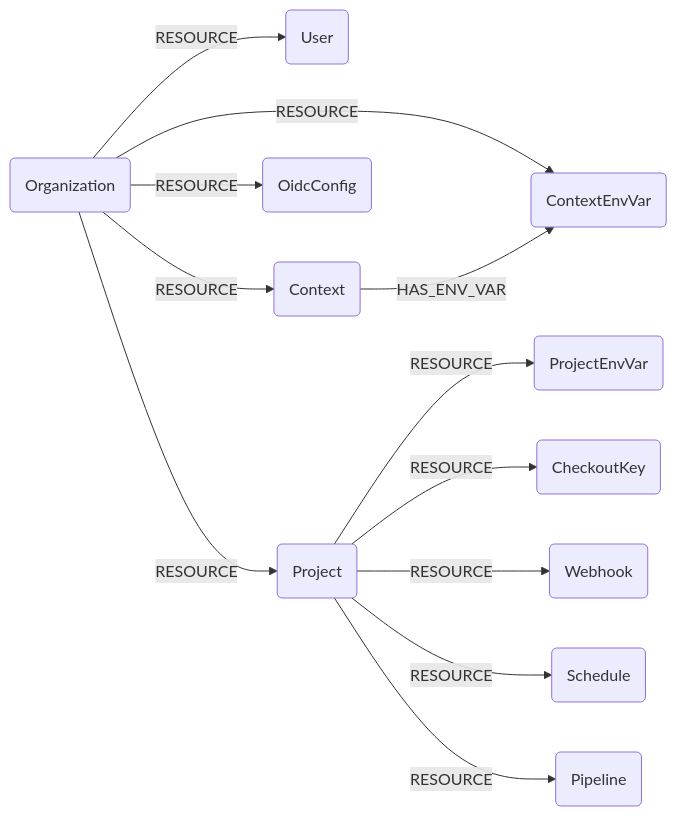
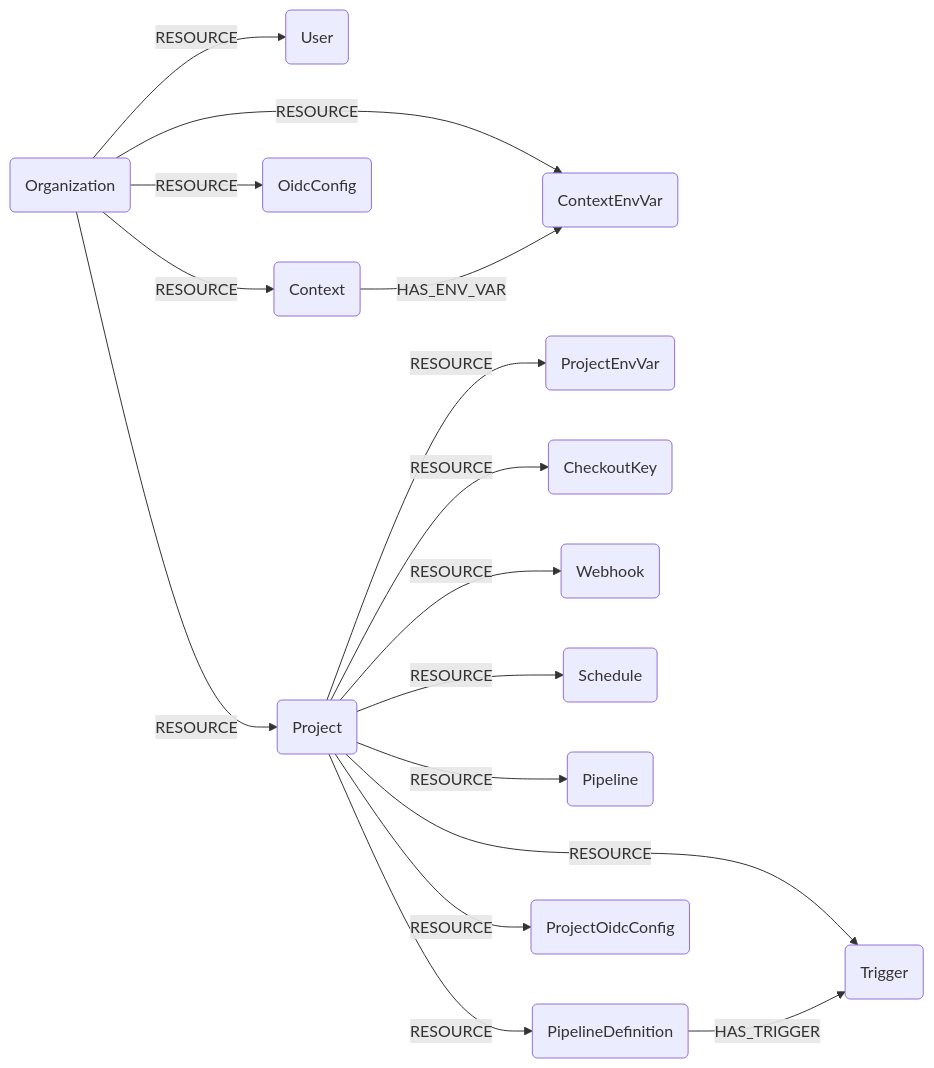
The diagram in docs/root/modules/circleci/schema.md (cartography-cncf/cartography), drawn with Mermaid before and after one commit. The commit also changed other lines of this file and 13 other files, not shown here.

First line of the commit message:
feat(circleci): add pipeline definitions, triggers, and project-level OIDC

````diff
--- a/docs/root/modules/circleci/schema.md
+++ b/docs/root/modules/circleci/schema.md
@@ -3,14 +3,18 @@
 ```mermaid
 graph LR
 O(Organization) -- RESOURCE --> U(User)
 O -- RESOURCE --> C(Context)
 O -- RESOURCE --> CEV(ContextEnvVar)
 C -- HAS_ENV_VAR --> CEV
 O -- RESOURCE --> OIDC(OidcConfig)
 O -- RESOURCE --> P(Project)
 P -- RESOURCE --> PEV(ProjectEnvVar)
 P -- RESOURCE --> CK(CheckoutKey)
 P -- RESOURCE --> W(Webhook)
 P -- RESOURCE --> S(Schedule)
 P -- RESOURCE --> PL(Pipeline)
+P -- RESOURCE --> PD(PipelineDefinition)
+P -- RESOURCE --> TR(Trigger)
+P -- RESOURCE --> POIDC(ProjectOidcConfig)
+PD -- HAS_TRIGGER --> TR
 ```
````
